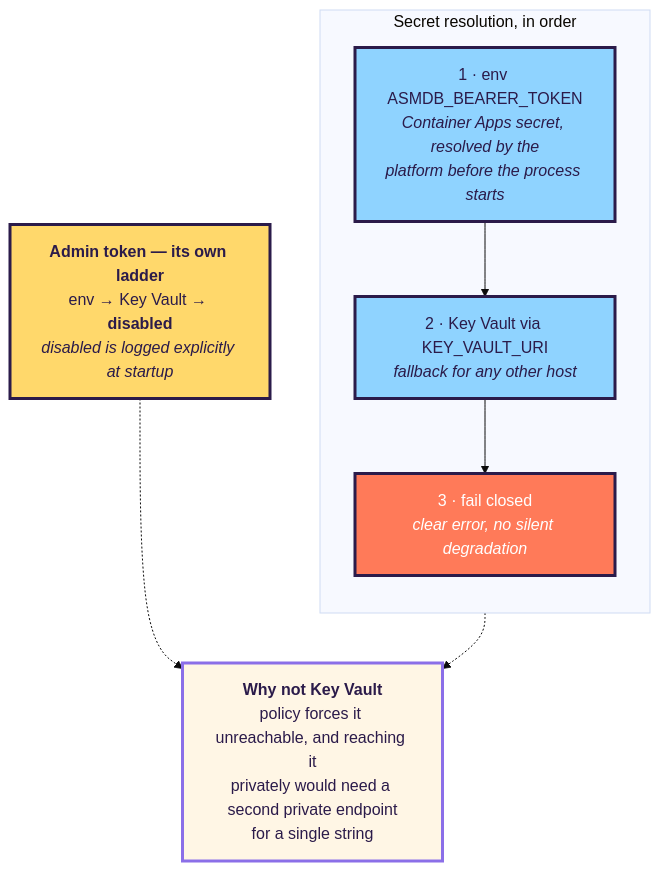
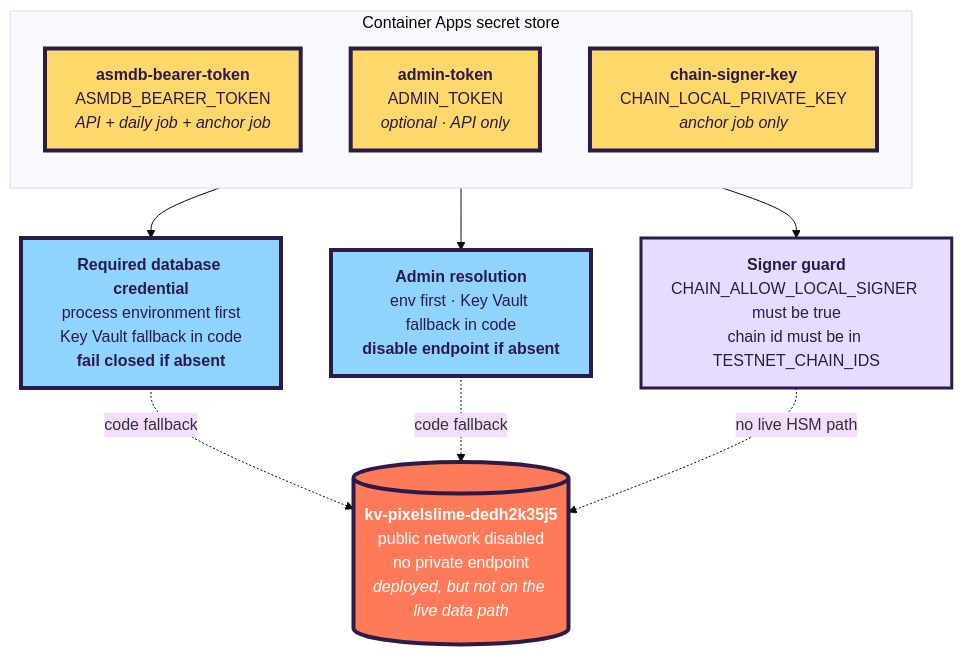
Before and after one commit to fredgis/pixelslime: the third of 8 diagrams in docs/ARCHITECTURE.md, drawn with Mermaid (base theme). The commit also changed other lines of this file and 3 other files, not shown here.

````diff
--- a/docs/ARCHITECTURE.md
+++ b/docs/ARCHITECTURE.md
@@ -163,27 +163,31 @@
 ```mermaid
 flowchart TB
-    subgraph SEC["Secret resolution, in order"]
+    subgraph CA["Container Apps secret store"]
       direction TB
-      E1["1 · env ASMDB_BEARER_TOKEN<br/><i>Container Apps secret, resolved by the<br/>platform before the process starts</i>"]
-      E2["2 · Key Vault via KEY_VAULT_URI<br/><i>fallback for any other host</i>"]
-      E3["3 · fail closed<br/><i>clear error, no silent degradation</i>"]
-      E1 --> E2 --> E3
+      BEARER["<b>asmdb-bearer-token</b><br/>ASMDB_BEARER_TOKEN<br/><i>API + daily job + anchor job</i>"]
+      ADMIN["<b>admin-token</b><br/>ADMIN_TOKEN<br/><i>optional · API only</i>"]
+      SIGNER["<b>chain-signer-key</b><br/>CHAIN_LOCAL_PRIVATE_KEY<br/><i>anchor job only</i>"]
     end
 
-    ADM["<b>Admin token — its own ladder</b><br/>env → Key Vault → <b>disabled</b><br/><i>disabled is logged explicitly at startup</i>"]
+    REQUIRED["<b>Required database credential</b><br/>process environment first<br/>Key Vault fallback in code<br/><b>fail closed if absent</b>"]
+    OPTIONAL["<b>Admin resolution</b><br/>env first · Key Vault fallback in code<br/><b>disable endpoint if absent</b>"]
+    TESTNET["<b>Signer guard</b><br/>CHAIN_ALLOW_LOCAL_SIGNER must be true<br/>chain id must be in TESTNET_CHAIN_IDS"]
+    KV[("<b>kv-pixelslime-dedh2k35j5</b><br/>public network disabled<br/>no private endpoint<br/><i>deployed, but not on the live data path</i>")]
 
-    NOTE["<b>Why not Key Vault</b><br/>policy forces it unreachable, and reaching it<br/>privately would need a second private endpoint<br/>for a single string"]
+    BEARER --> REQUIRED
+    ADMIN --> OPTIONAL
+    SIGNER --> TESTNET
+    REQUIRED -.->|code fallback| KV
+    OPTIONAL -.->|code fallback| KV
+    TESTNET -.->|no live HSM path| KV
 
-    SEC -.-> NOTE
-    ADM -.-> NOTE
+    classDef gold fill:#FFD86B,stroke:#2B1B4A,stroke-width:4px,color:#2B1B4A
+    classDef lilac fill:#E7DCFF,stroke:#2B1B4A,stroke-width:3px,color:#2B1B4A
+    classDef orange fill:#FF7A59,stroke:#2B1B4A,stroke-width:4px,color:#FFFFFF
+    classDef blue fill:#8FD3FF,stroke:#2B1B4A,stroke-width:4px,color:#2B1B4A
 
-    classDef step fill:#8FD3FF,stroke:#2B1B4A,stroke-width:3px,color:#2B1B4A
-    classDef fail fill:#FF7A59,stroke:#2B1B4A,stroke-width:3px,color:#FFFFFF
-    classDef note fill:#FFF6E5,stroke:#8B6FE8,stroke-width:3px,color:#2B1B4A
-    classDef adm  fill:#FFD86B,stroke:#2B1B4A,stroke-width:3px,color:#2B1B4A
-
-    class E1,E2 step
-    class E3 fail
-    class ADM adm
-    class NOTE note
+    class BEARER,ADMIN,SIGNER gold
+    class REQUIRED,OPTIONAL blue
+    class TESTNET lilac
+    class KV orange
 ```
````
